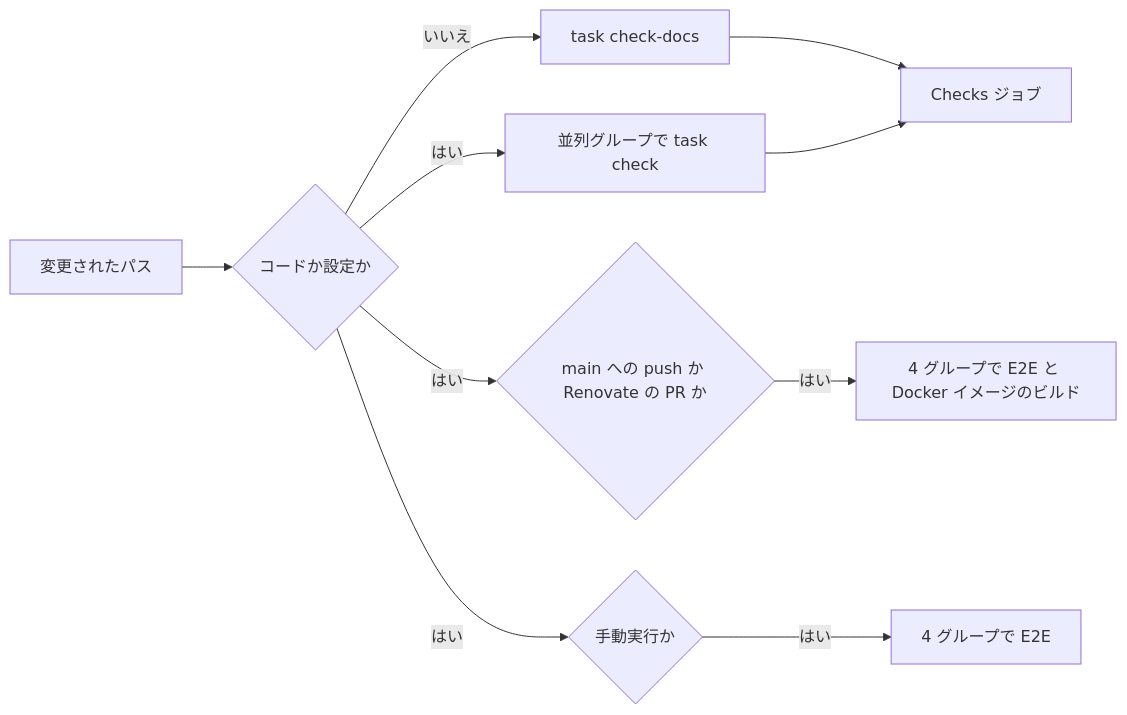
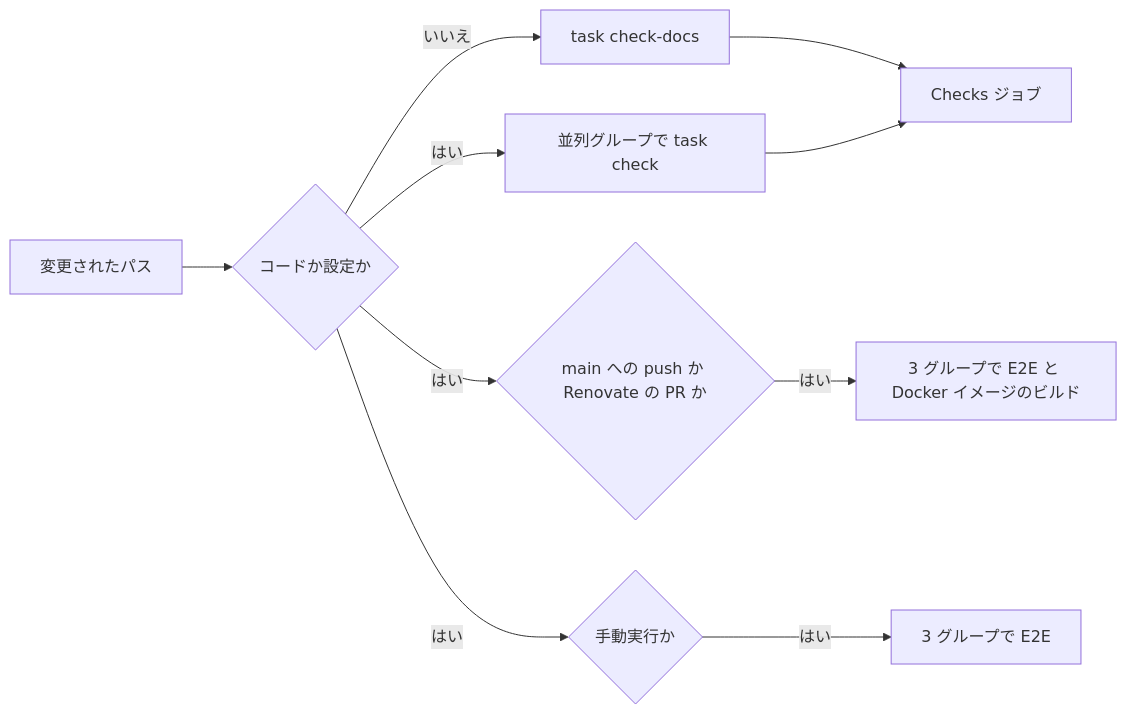
Before and after one commit to syudead/vv: the diagram in translations/ja/docs/how-to/development.md, drawn with Mermaid. The commit also changed other lines of this file and 47 other files, not shown here.

````diff
--- a/translations/ja/docs/how-to/development.md
+++ b/translations/ja/docs/how-to/development.md
@@ -55,12 +55,12 @@
 ```mermaid
 flowchart LR
   change[変更されたパス] --> code{コードか設定か}
   code -->|いいえ| docs[task check-docs]
   code -->|はい| groups[並列グループで task check]
   docs --> checks[Checks ジョブ]
   groups --> checks
   code -->|はい| push{main への push か Renovate の PR か}
-  push -->|はい| more[4 グループで E2E と Docker イメージのビルド]
+  push -->|はい| more[3 グループで E2E と Docker イメージのビルド]
   code -->|はい| manual{手動実行か}
-  manual -->|はい| e2e[4 グループで E2E]
+  manual -->|はい| e2e[3 グループで E2E]
 ```
````
